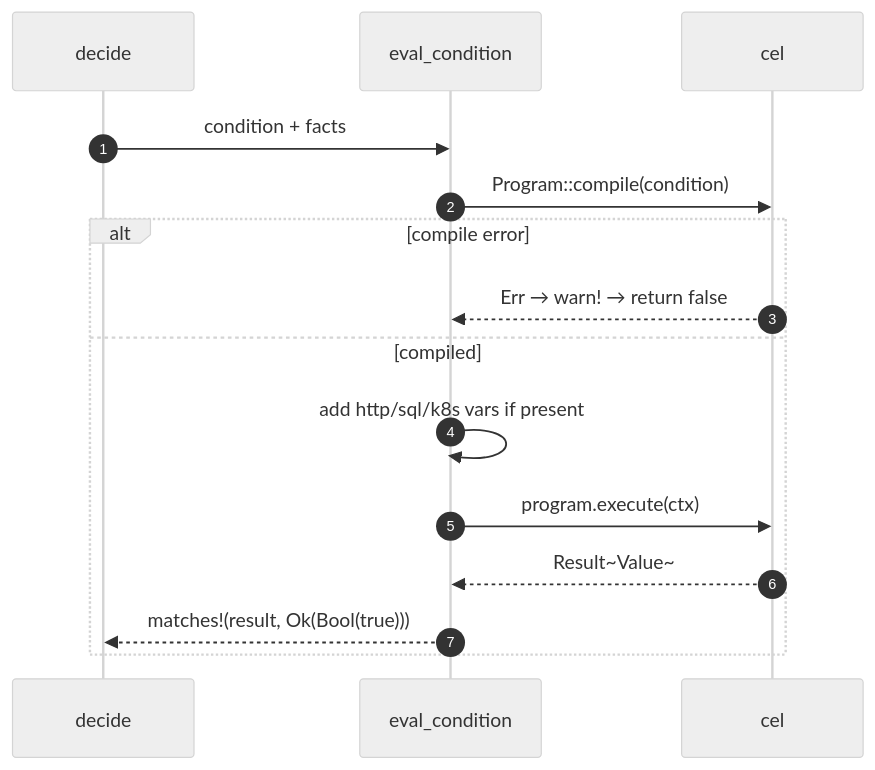
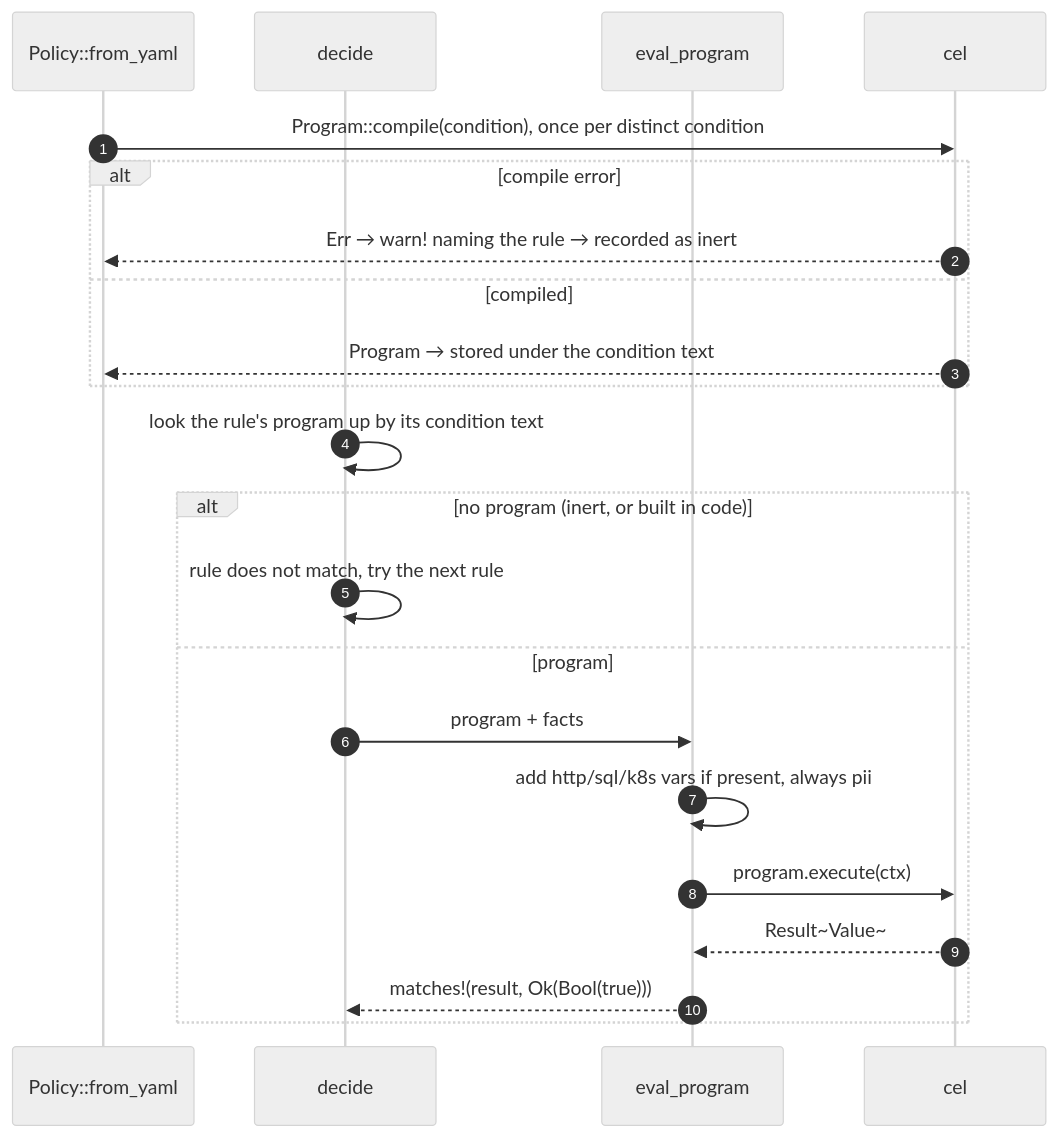
One commit to pleaseai/honmoon changed the third of 3 diagrams in wiki/deep-dive/policy-engine.md. Above: the diagram before and after it, drawn with Mermaid (neutral theme). The commit also changed other lines of this file and 2 other files, not shown here.

First line of the commit message:
docs(wiki): describe CEL conditions as compiled at load

````diff
--- a/wiki/deep-dive/policy-engine.md
+++ b/wiki/deep-dive/policy-engine.md
@@ -140,17 +154,24 @@
 ```mermaid
 sequenceDiagram
   autonumber
+  participant L as Policy::from_yaml
   participant D as decide
-  participant EC as eval_condition
+  participant EP as eval_program
   participant CEL as cel
-  D->>EC: condition + facts
-  EC->>CEL: Program::compile(condition)
+  L->>CEL: Program::compile(condition), once per distinct condition
   alt compile error
-    CEL-->>EC: Err → warn! → return false
+    CEL-->>L: Err → warn! naming the rule → recorded as inert
   else compiled
-    EC->>EC: add http/sql/k8s vars if present
-    EC->>CEL: program.execute(ctx)
-    CEL-->>EC: Result~Value~
-    EC-->>D: matches!(result, Ok(Bool(true)))
+    CEL-->>L: Program → stored under the condition text
+  end
+  D->>D: look the rule's program up by its condition text
+  alt no program (inert, or built in code)
+    D->>D: rule does not match, try the next rule
+  else program
+    D->>EP: program + facts
+    EP->>EP: add http/sql/k8s vars if present, always pii
+    EP->>CEL: program.execute(ctx)
+    CEL-->>EP: Result~Value~
+    EP-->>D: matches!(result, Ok(Bool(true)))
   end
 ```
````
